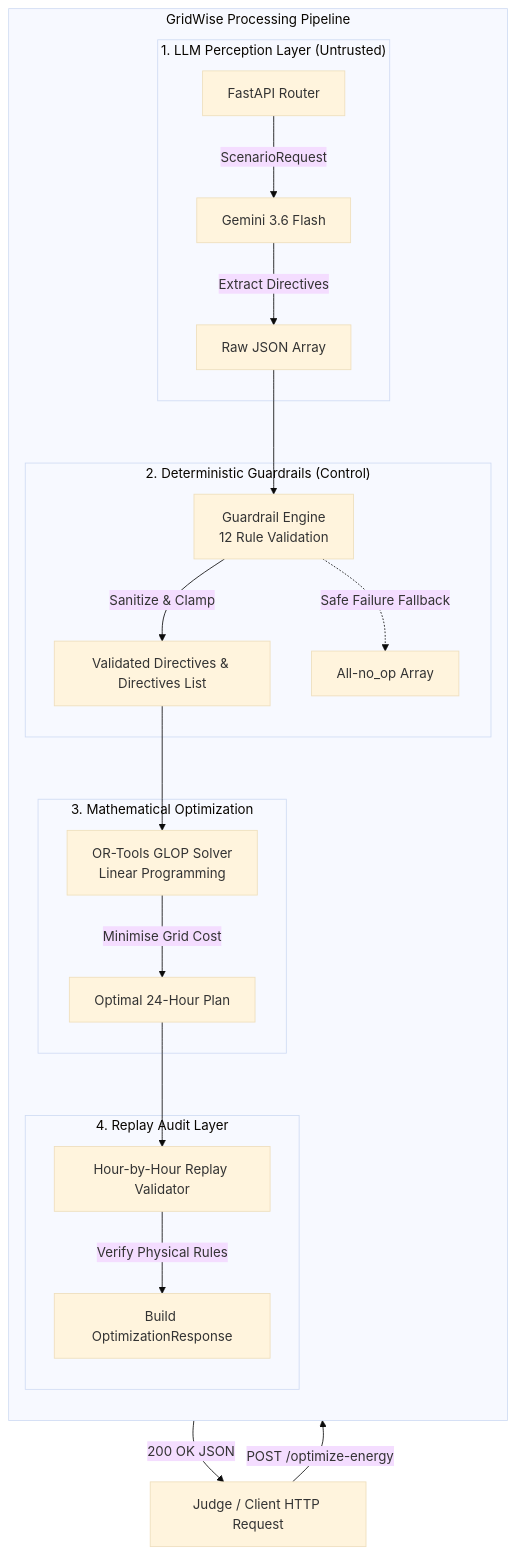
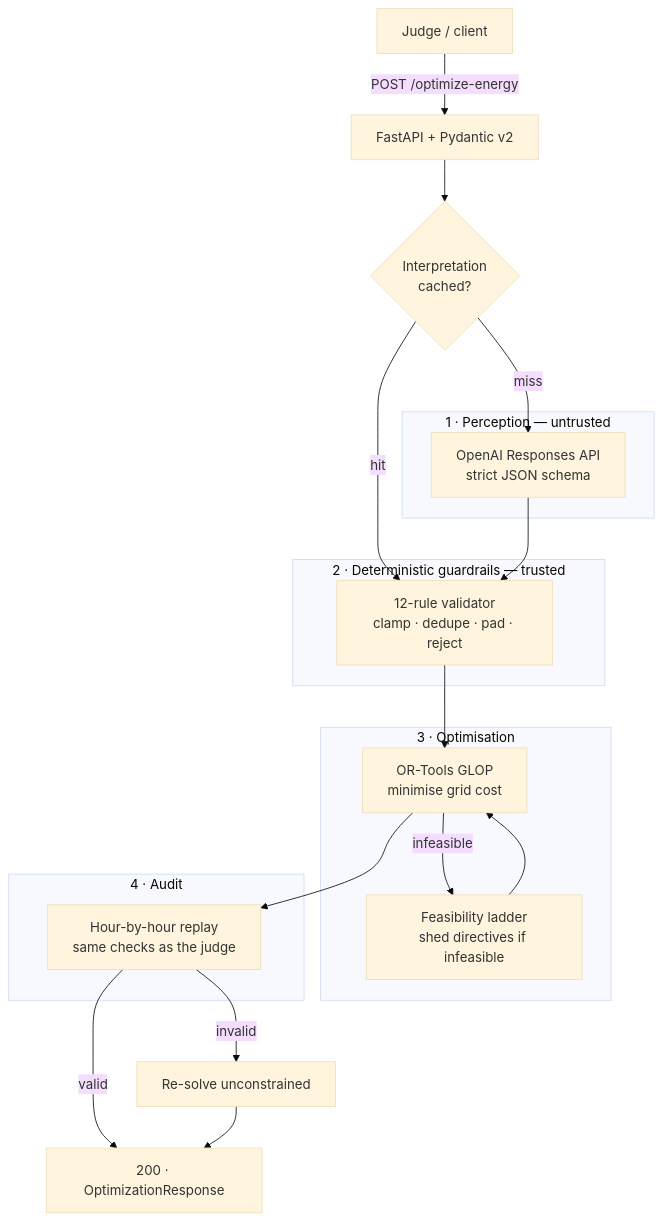
One commit to Atia-Farha/gridwise-llm changed the diagram in README.md. Above: the diagram before and after it, drawn with Mermaid (base theme). The commit also changed other lines of this file and 23 other files, not shown here.

````diff
--- a/README.md
+++ b/README.md
@@ -11,31 +167,32 @@
 ```mermaid
 flowchart TD
-    Client[Judge / Client HTTP Request] -->|POST /optimize-energy| API[FastAPI Router]
-    
-    subgraph Pipeline ["GridWise Processing Pipeline"]
-        direction TB
-        
-        subgraph Stage1 ["1. LLM Perception Layer (Untrusted)"]
-            API -->|ScenarioRequest| LLM[Gemini 3.6 Flash]
-            LLM -->|Extract Directives| RawJSON[Raw JSON Array]
-        end
-        
-        subgraph Stage2 ["2. Deterministic Guardrails (Control)"]
-            RawJSON --> Guardrails[Guardrail Engine\n12 Rule Validation]
-            Guardrails -->|Sanitize & Clamp| ValidatedDirectives[Validated Directives & Directives List]
-            Guardrails -.->|Safe Failure Fallback| AllNoOp[All-no_op Array]
-        end
-        
-        subgraph Stage3 ["3. Mathematical Optimization"]
-            ValidatedDirectives --> LP[OR-Tools GLOP Solver\nLinear Programming]
-            LP -->|Minimise Grid Cost| RawPlan[Optimal 24-Hour Plan]
-        end
-        
-        subgraph Stage4 ["4. Replay Audit Layer"]
-            RawPlan --> Replay[Hour-by-Hour Replay Validator]
-            Replay -->|Verify Physical Rules| ResponseBuild[Build OptimizationResponse]
-        end
+    Client[Judge / client] -->|POST /optimize-energy| API[FastAPI + Pydantic v2]
+
+    API --> Cache{Interpretation<br/>cached?}
+    Cache -->|hit| Guard
+    Cache -->|miss| LLM
+
+    subgraph S1 ["1 · Perception — untrusted"]
+        LLM[OpenAI Responses API<br/>strict JSON schema]
     end
 
-    ResponseBuild -->|200 OK JSON| Client
+    subgraph S2 ["2 · Deterministic guardrails — trusted"]
+        Guard[12-rule validator<br/>clamp · dedupe · pad · reject]
+    end
+
+    subgraph S3 ["3 · Optimisation"]
+        LP[OR-Tools GLOP<br/>minimise grid cost]
+        Relax[Feasibility ladder<br/>shed directives if infeasible]
+    end
+
+    subgraph S4 ["4 · Audit"]
+        Replay[Hour-by-hour replay<br/>same checks as the judge]
+    end
+
+    LLM --> Guard
+    Guard --> LP
+    LP -->|infeasible| Relax --> LP
+    LP --> Replay
+    Replay -->|valid| Resp[200 · OptimizationResponse]
+    Replay -->|invalid| Safe[Re-solve unconstrained] --> Resp
 ```
````
